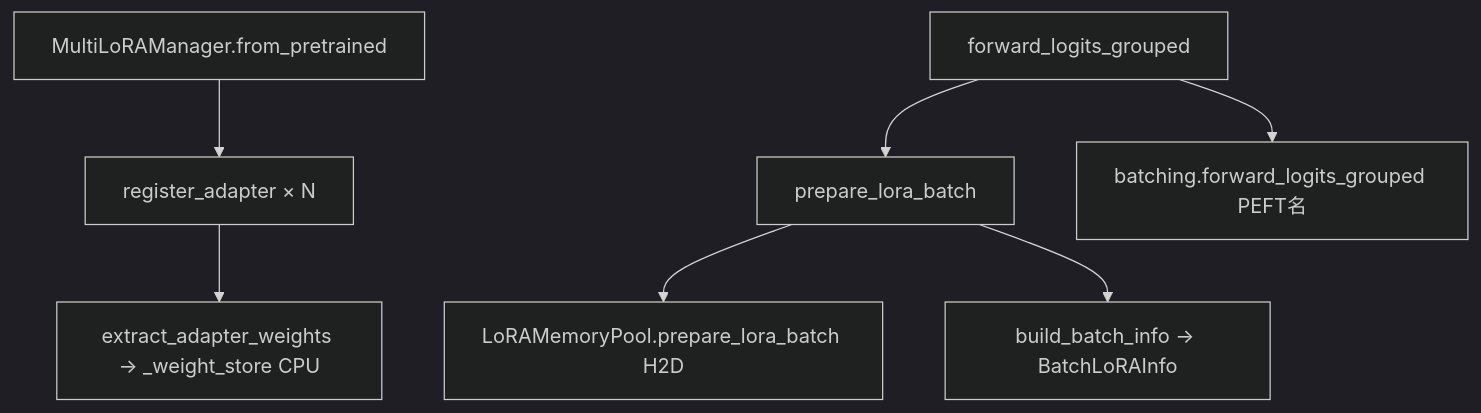
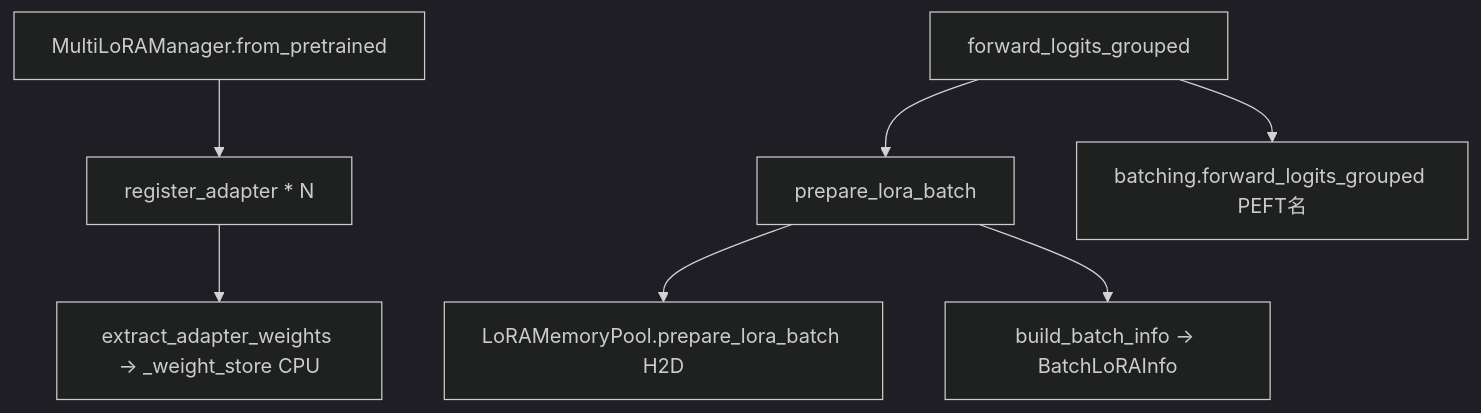
Before and after one commit to Rick0037/multi_lora: the diagram in multi_lora_phase3/README.md, drawn with Mermaid (dark theme). The commit also changed other lines of this file and 53 other files, not shown here.

````diff
--- a/multi_lora_phase3/README.md
+++ b/multi_lora_phase3/README.md
@@ -94,9 +94,9 @@
 ```mermaid
 flowchart TD
-  M[MultiLoRAManager.from_pretrained] --> R[register_adapter × N]
+  M[MultiLoRAManager.from_pretrained] --> R[register_adapter * N]
   R --> W[extract_adapter_weights → _weight_store CPU]
   F[forward_logits_grouped] --> P[prepare_lora_batch]
   P --> POOL[LoRAMemoryPool.prepare_lora_batch H2D]
   P --> BI[build_batch_info → BatchLoRAInfo]
   F --> B2[batching.forward_logits_grouped PEFT名]
 ```
````
